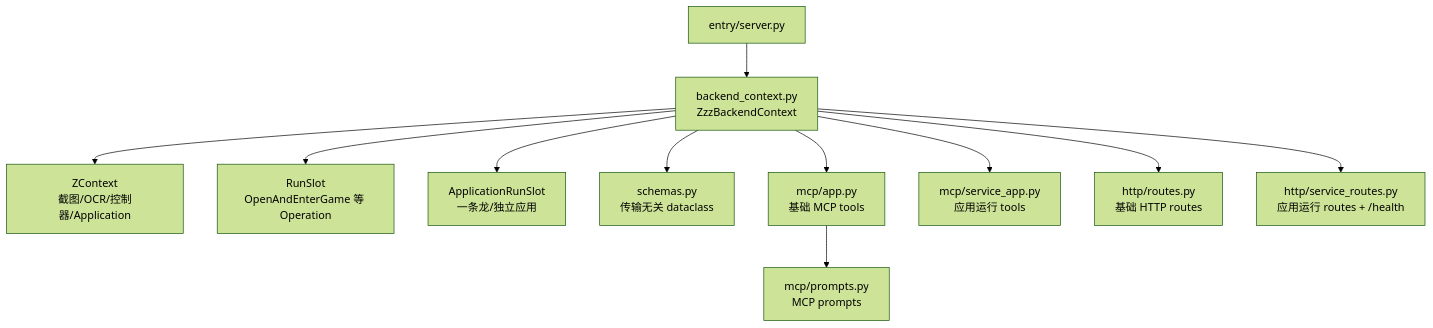
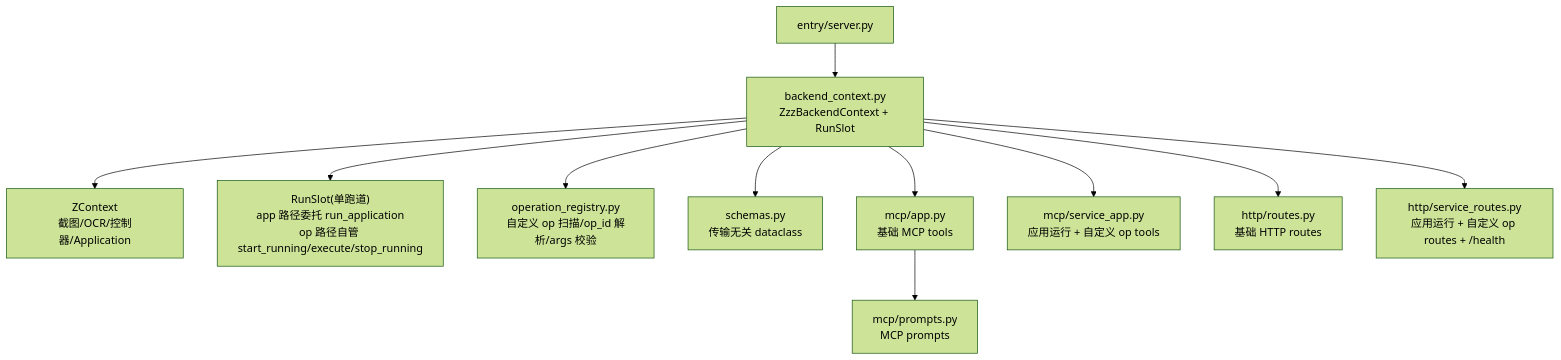
Before and after one commit to OneDragon-Anything/ZenlessZoneZero-OneDragon: the diagram in docs/develop/zzz/backend/architecture.md, drawn with Mermaid (forest theme). The commit also changed other lines of this file and 4 other files, not shown here.

First line of the commit message:
docs(backend): 单槽 app/op 分派模型 + 自定义 operation 运行入口

````diff
--- a/docs/develop/zzz/backend/architecture.md
+++ b/docs/develop/zzz/backend/architecture.md
@@ -7,13 +7,13 @@
 ```mermaid
 flowchart TB
-    Entry["entry/server.py"] --> Backend["backend_context.py<br/>ZzzBackendContext"]
+    Entry["entry/server.py"] --> Backend["backend_context.py<br/>ZzzBackendContext + RunSlot"]
     Backend --> ZContext["ZContext<br/>截图/OCR/控制器/Application"]
-    Backend --> BasicSlot["RunSlot<br/>OpenAndEnterGame 等 Operation"]
-    Backend --> AppSlot["ApplicationRunSlot<br/>一条龙/独立应用"]
+    Backend --> RunSlot["RunSlot(单跑道)<br/>app 路径委托 run_application<br/>op 路径自管 start_running/execute/stop_running"]
+    Backend --> OpRegistry["operation_registry.py<br/>自定义 op 扫描/op_id 解析/args 校验"]
     Backend --> Schemas["schemas.py<br/>传输无关 dataclass"]
     Backend --> MCPBase["mcp/app.py<br/>基础 MCP tools"]
-    Backend --> MCPService["mcp/service_app.py<br/>应用运行 tools"]
+    Backend --> MCPService["mcp/service_app.py<br/>应用运行 + 自定义 op tools"]
     MCPBase --> MCPPrompts["mcp/prompts.py<br/>MCP prompts"]
     Backend --> HTTPBase["http/routes.py<br/>基础 HTTP routes"]
-    Backend --> HTTPService["http/service_routes.py<br/>应用运行 routes + /health"]
+    Backend --> HTTPService["http/service_routes.py<br/>应用运行 + 自定义 op routes + /health"]
 ```
````
